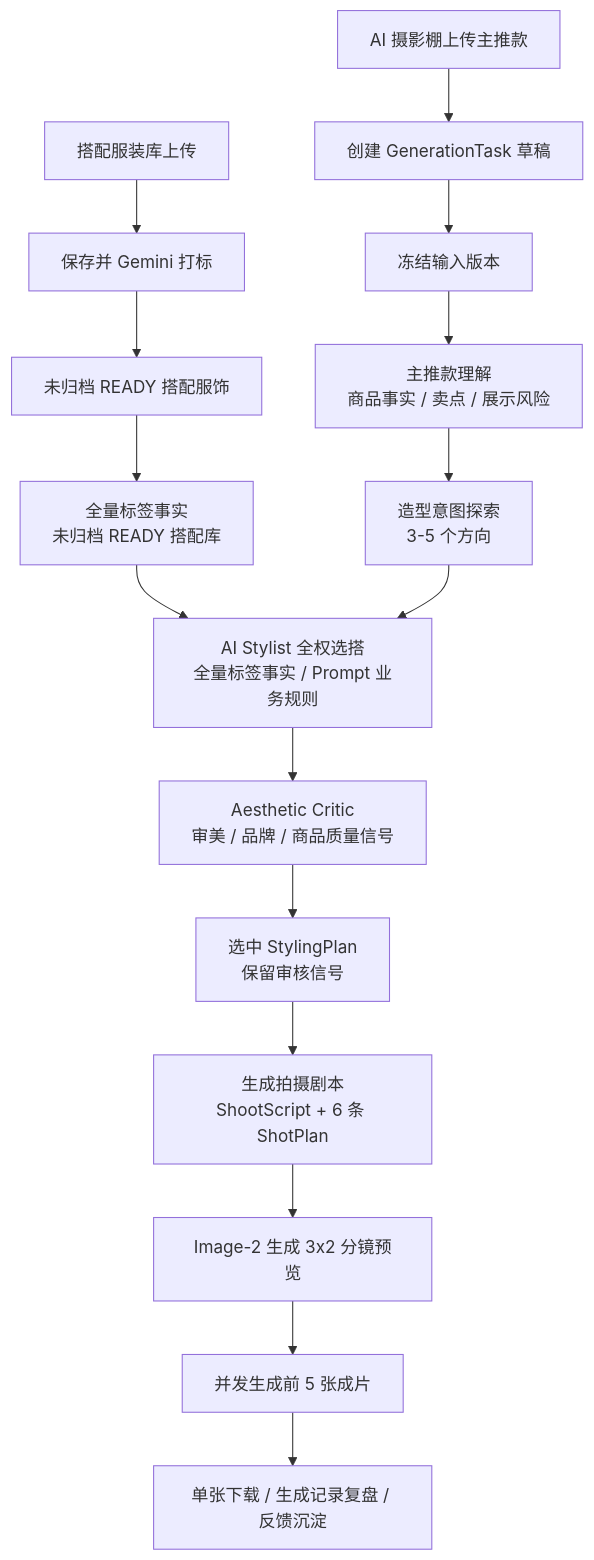
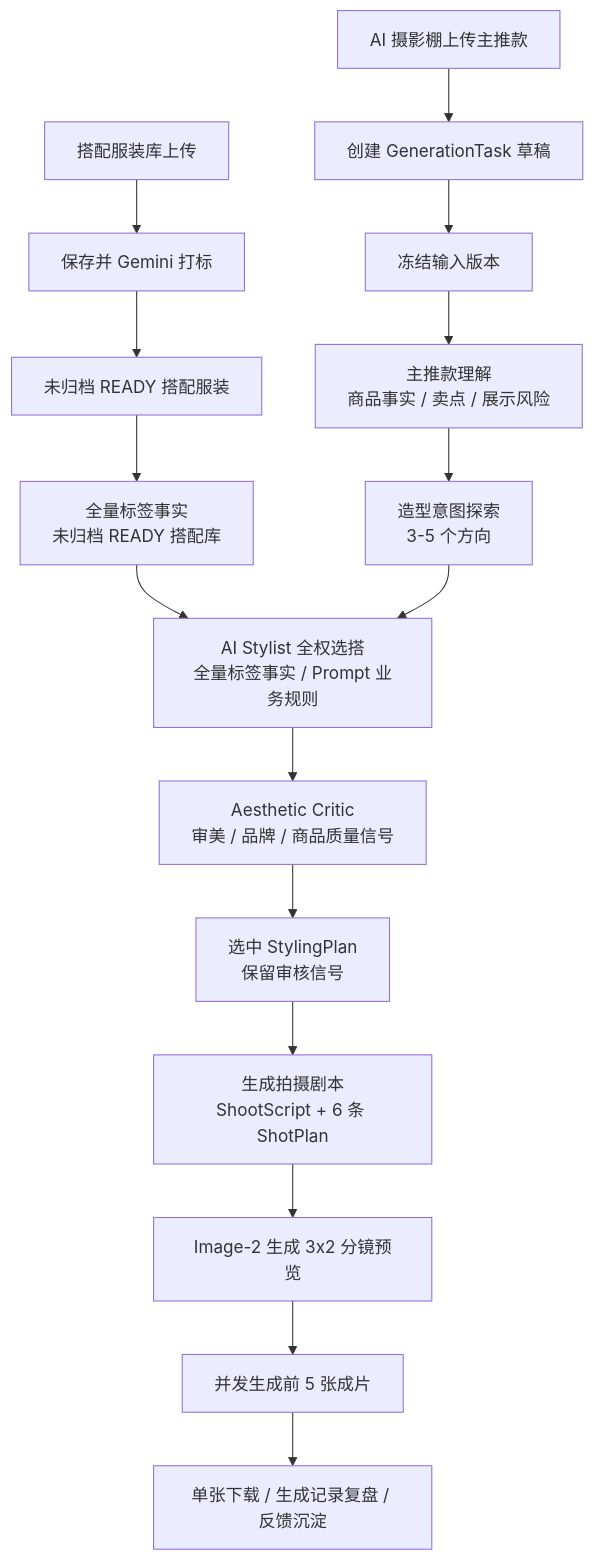
Before and after one commit to happyvchen/ruyi-dream: the diagram in design/01_generation_flow/generation_flow.md, drawn with Mermaid. The commit also changed other lines of this file and 35 other files, not shown here.

````diff
--- a/design/01_generation_flow/generation_flow.md
+++ b/design/01_generation_flow/generation_flow.md
@@ -7,18 +7,18 @@
 ```mermaid
 flowchart TD
   A["搭配服装库上传"] --> B["保存并 Gemini 打标"]
-  B --> C["未归档 READY 搭配服饰"]
+  B --> C["未归档 READY 搭配服装"]
   D["AI 摄影棚上传主推款"] --> E["创建 GenerationTask 草稿"]
   E --> F["冻结输入版本"]
   C --> Q["全量标签事实<br/>未归档 READY 搭配库"]
   F --> H["主推款理解<br/>商品事实 / 卖点 / 展示风险"]
   Q --> J["AI Stylist 全权选搭<br/>全量标签事实 / Prompt 业务规则"]
   H --> I["造型意图探索<br/>3-5 个方向"]
   I --> J
   J --> K["Aesthetic Critic<br/>审美 / 品牌 / 商品质量信号"]
   K --> L["选中 StylingPlan<br/>保留审核信号"]
   L --> M["生成拍摄剧本<br/>ShootScript + 6 条 ShotPlan"]
   M --> N["Image-2 生成 3x2 分镜预览"]
   N --> O["并发生成前 5 张成片"]
   O --> P["单张下载 / 生成记录复盘 / 反馈沉淀"]
 ```
````
